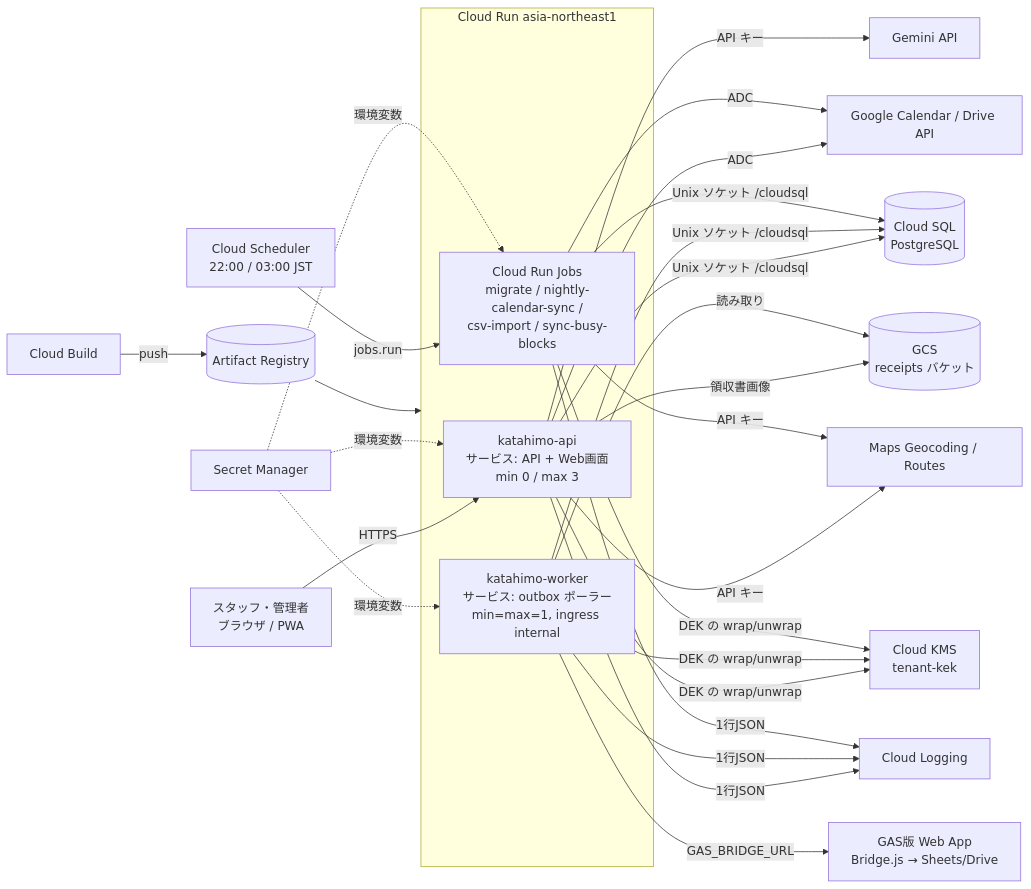
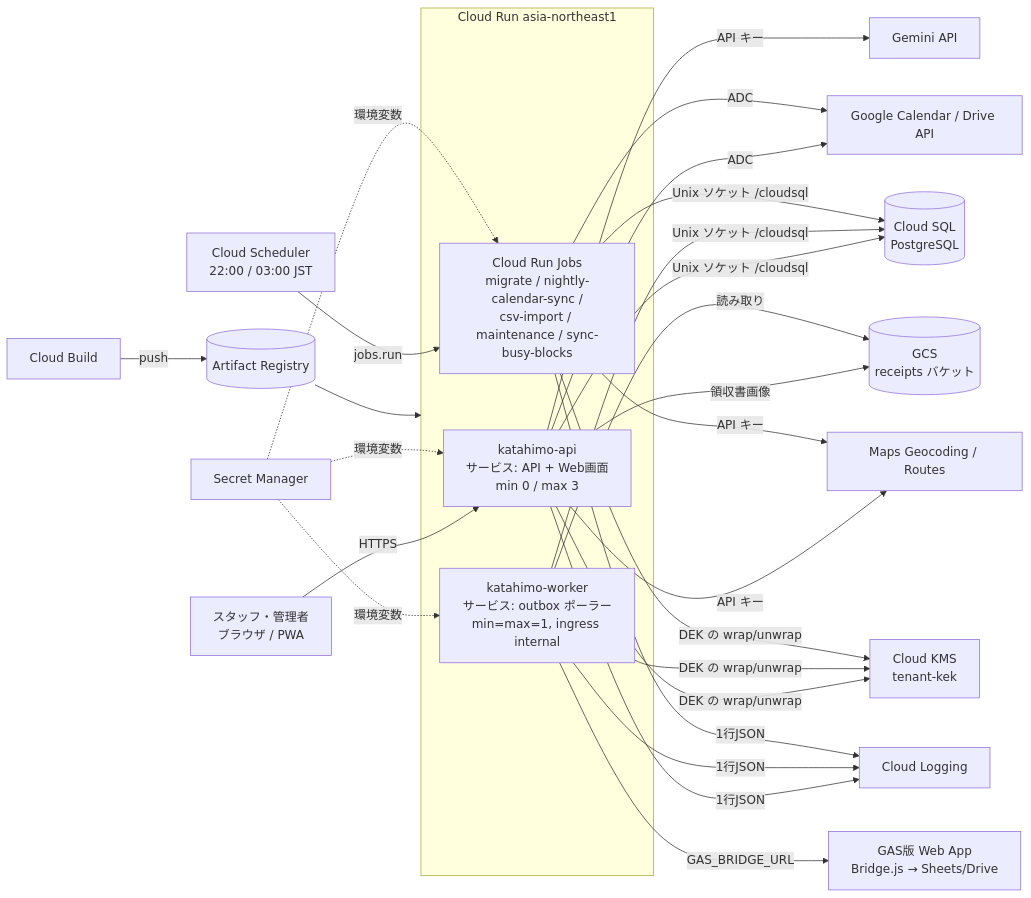
One commit to katahimo-dev/katahimo-app changed the diagram in doc/11_GCPデプロイ手順.md. Above: the diagram before and after it, drawn with Mermaid. The commit also changed other lines of this file and 10 other files, not shown here.

````diff
--- a/doc/11_GCPデプロイ手順.md
+++ b/doc/11_GCPデプロイ手順.md
@@ -23,22 +23,22 @@
 ```mermaid
 flowchart LR
   user[スタッフ・管理者<br/>ブラウザ / PWA] -->|HTTPS| api
   subgraph run[Cloud Run asia-northeast1]
     api[katahimo-api<br/>サービス: API + Web画面<br/>min 0 / max 3]
     worker[katahimo-worker<br/>サービス: outbox ポーラー<br/>min=max=1, ingress internal]
-    jobs[Cloud Run Jobs<br/>migrate / nightly-calendar-sync /<br/>csv-import / sync-busy-blocks]
+    jobs[Cloud Run Jobs<br/>migrate / nightly-calendar-sync /<br/>csv-import / maintenance / sync-busy-blocks]
   end
   sched[Cloud Scheduler<br/>22:00 / 03:00 JST] -->|jobs.run| jobs
   api & worker & jobs -->|Unix ソケット /cloudsql| sql[(Cloud SQL<br/>PostgreSQL)]
   api -->|領収書画像| gcs[(GCS<br/>receipts バケット)]
   worker -->|読み取り| gcs
   api & worker & jobs -->|DEK の wrap/unwrap| kms[Cloud KMS<br/>tenant-kek]
   sm[Secret Manager] -.環境変数.-> api & worker & jobs
   api & jobs -->|ADC| gapi[Google Calendar / Drive API]
   api & jobs -->|API キー| maps[Maps Geocoding / Routes]
   api -->|API キー| gemini[Gemini API]
   worker -->|GAS_BRIDGE_URL| gas[GAS版 Web App<br/>Bridge.js → Sheets/Drive]
   api & worker & jobs -->|1行JSON| logging[Cloud Logging]
   cb[Cloud Build] -->|push| ar[(Artifact Registry)]
   ar --> run
 ```
````
